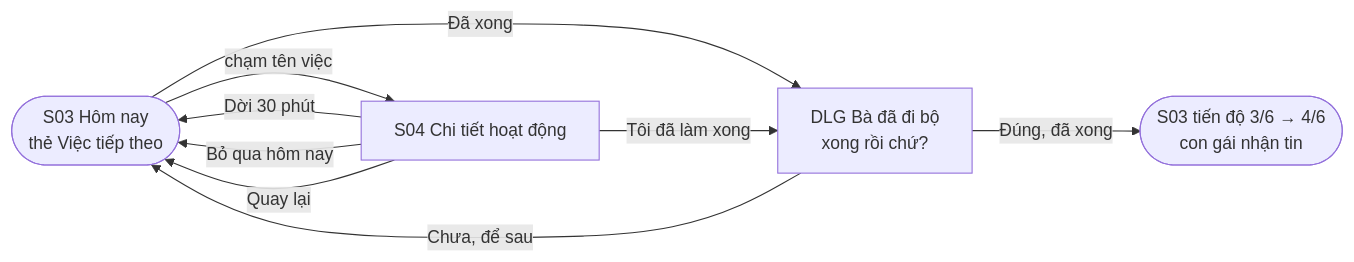
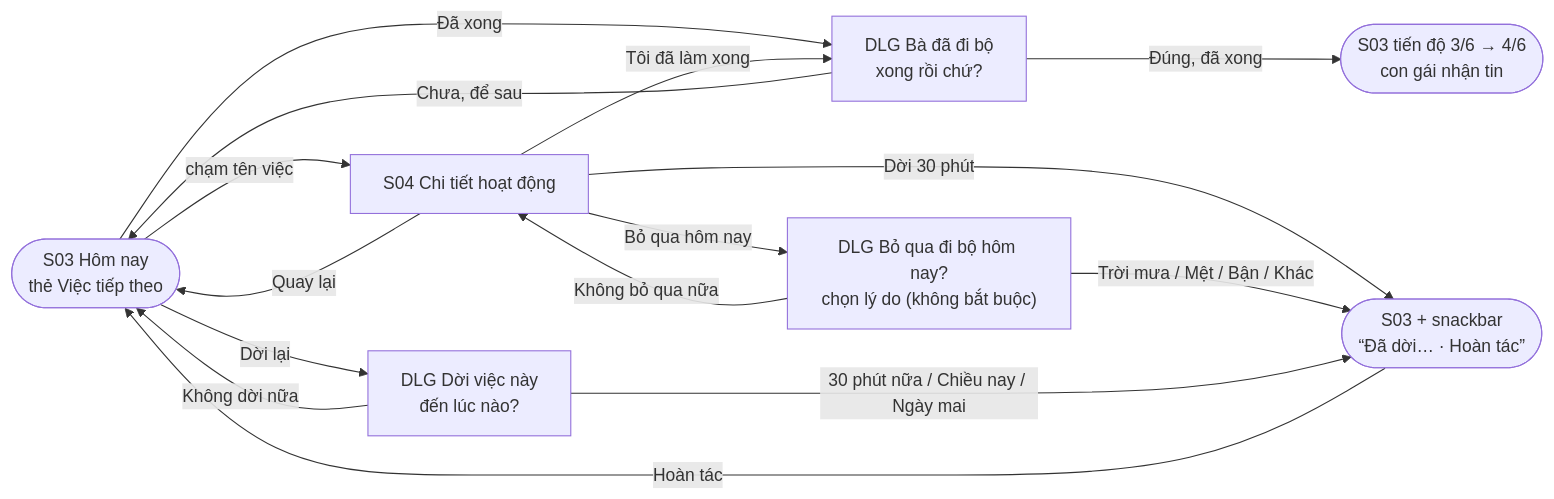
Before and after one commit to PhucSanh/Lab2-prm: the fourth of 14 diagrams in ux/user-flow.md, drawn with Mermaid. The commit also changed other lines of this file and 249 other files, not shown here.

````diff
--- a/ux/user-flow.md
+++ b/ux/user-flow.md
@@ -95,11 +136,17 @@
 ```mermaid
 flowchart LR
     S03(["S03 Hôm nay<br/>thẻ Việc tiếp theo"]) -- "Đã xong" --> DLG["DLG Bà đã đi bộ<br/>xong rồi chứ?"]
     DLG -- "Đúng, đã xong" --> R(["S03 tiến độ 3/6 → 4/6<br/>con gái nhận tin"])
     DLG -- "Chưa, để sau" --> S03
     S03 -- "chạm tên việc" --> S04["S04 Chi tiết hoạt động"]
     S04 -- "Tôi đã làm xong" --> DLG
-    S04 -- "Dời 30 phút" --> S03
-    S04 -- "Bỏ qua hôm nay" --> S03
+    S04 -- "Dời 30 phút" --> SNACK(["S03 + snackbar<br/>“Đã dời… · Hoàn tác”"])
+    S04 -- "Bỏ qua hôm nay" --> SKIP["DLG Bỏ qua đi bộ hôm nay?<br/>chọn lý do (không bắt buộc)"]
+    SKIP -- "Trời mưa / Mệt / Bận / Khác" --> SNACK
+    SKIP -- "Không bỏ qua nữa" --> S04
     S04 -- "Quay lại" --> S03
+    S03 -- "Dời lại" --> LATER["DLG Dời việc này<br/>đến lúc nào?"]
+    LATER -- "30 phút nữa / Chiều nay / Ngày mai" --> SNACK
+    LATER -- "Không dời nữa" --> S03
+    SNACK -- "Hoàn tác" --> S03
 ```
````
